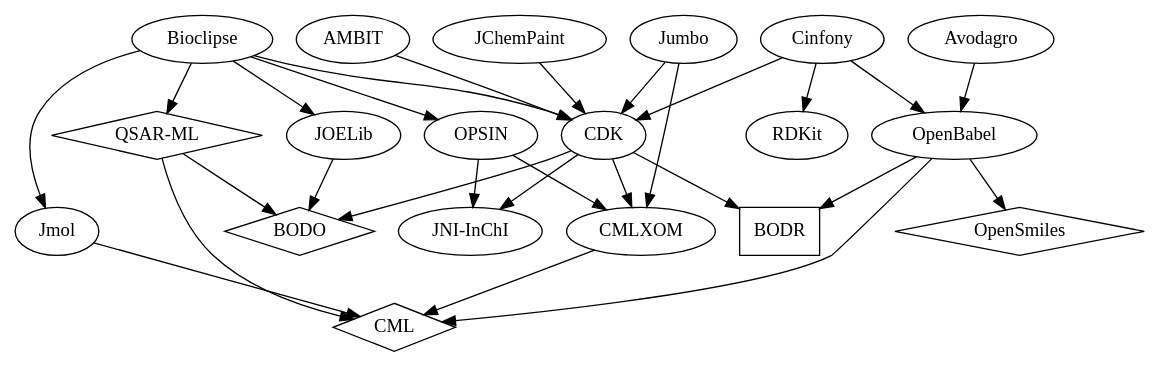
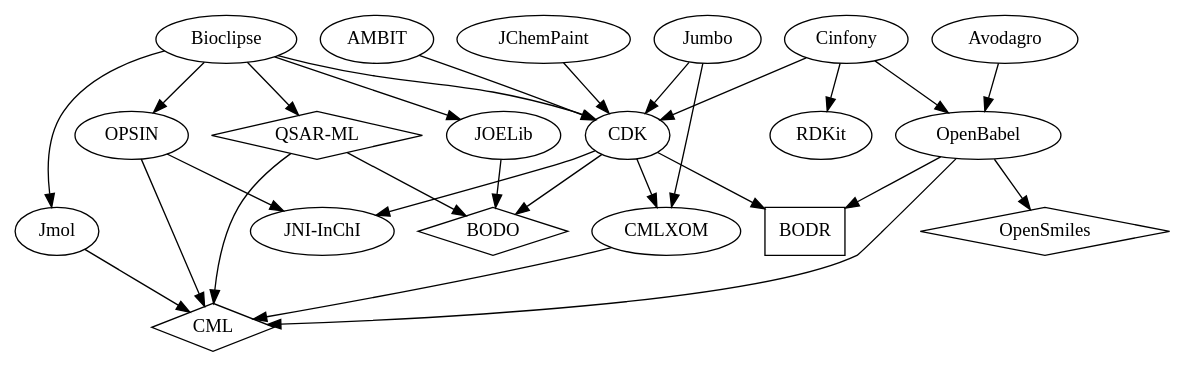
One commit to bopaper/bopaper changed the diagram in deps.dot. Above: the diagram before and after it, drawn with Graphviz. The commit also changed 2 other files, not shown here.

Commit message:
Improved readability of OPSIN section. Changed OPSIN associated from CML-Xom to CML Removed orphaned reference

```diff
--- a/deps.dot
+++ b/deps.dot
@@ -1,64 +1,64 @@
 digraph g {
   /* license colors:
 
     ... to be done ...
 
   */
 
   /* Project labels */
 
   ambit [label="AMBIT"] ;
   avogadro [label="Avodagro"] ;
   bioclipse [label="Bioclipse"] ;
   bodo [label="BODO",shape=diamond] ;
   bodr [label="BODR",shape=box] ;
   cdk [label="CDK"] ;
   cinfony [label="Cinfony"] ;
   cml [label="CML",shape=diamond] ;
   cmlxom [label="CMLXOM"] ;
   jchempaint [label="JChemPaint"] ;
   jmol [label="Jmol"] ;
   jniinchi [label="JNI-InChI"] ;
   jumbo [label="Jumbo"] ;
   ob [label="OpenBabel"] ;
   joelib [label="JOELib"] ;
   opensmiles [label="OpenSmiles",shape=diamond] ;
   opsin [label="OPSIN"] ;
   qsarml [label="QSAR-ML",shape=diamond] ;
   rdkit [label="RDKit"] ;
 
   /* Uses */
 
   cdk -> jniinchi ;
   cdk -> bodr ;
   cdk -> bodo ;
   ob -> bodr ;
   ob -> opensmiles ;
   ob -> cml ;
   avogadro -> ob ;
   bioclipse -> cdk ;
   bioclipse -> jmol ;
   bioclipse -> opsin ;
   bioclipse -> joelib ;
   cdk -> cmlxom ;
   jumbo -> cdk ;
   jumbo -> cmlxom ;
   cmlxom -> cml ;
   jchempaint -> cdk ;
   cinfony -> cdk ;
   cinfony -> ob ;
   cinfony -> rdkit ;
   ambit -> cdk ;
   jmol -> cml ;
   joelib -> bodo ;
   bioclipse -> qsarml ;
   qsarml -> cml ;
   qsarml -> bodo ;
-  opsin -> cmlxom ;
+  opsin -> cml ;
   opsin -> jniinchi ;
 
   /* Inherited code */
 
   /* ... who wants to have a go ? ... */
 
 }
```
